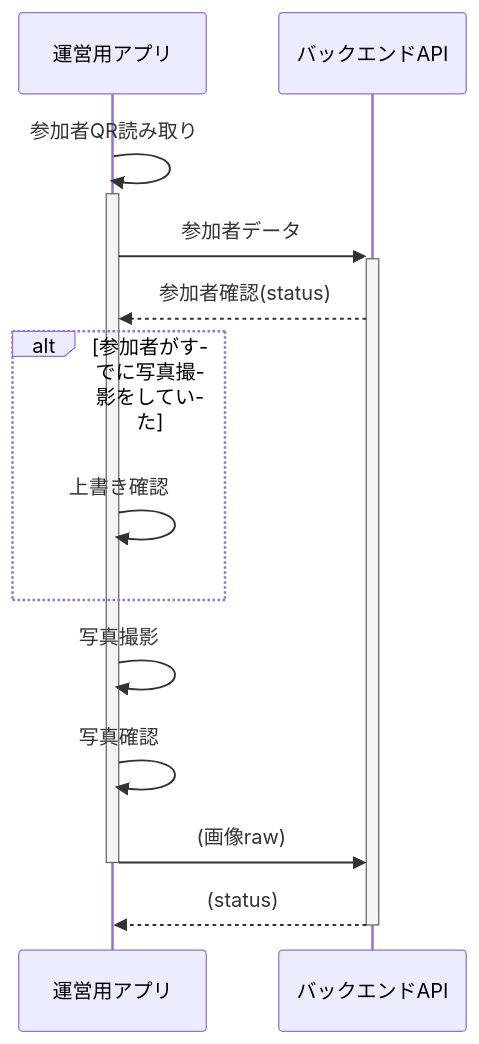
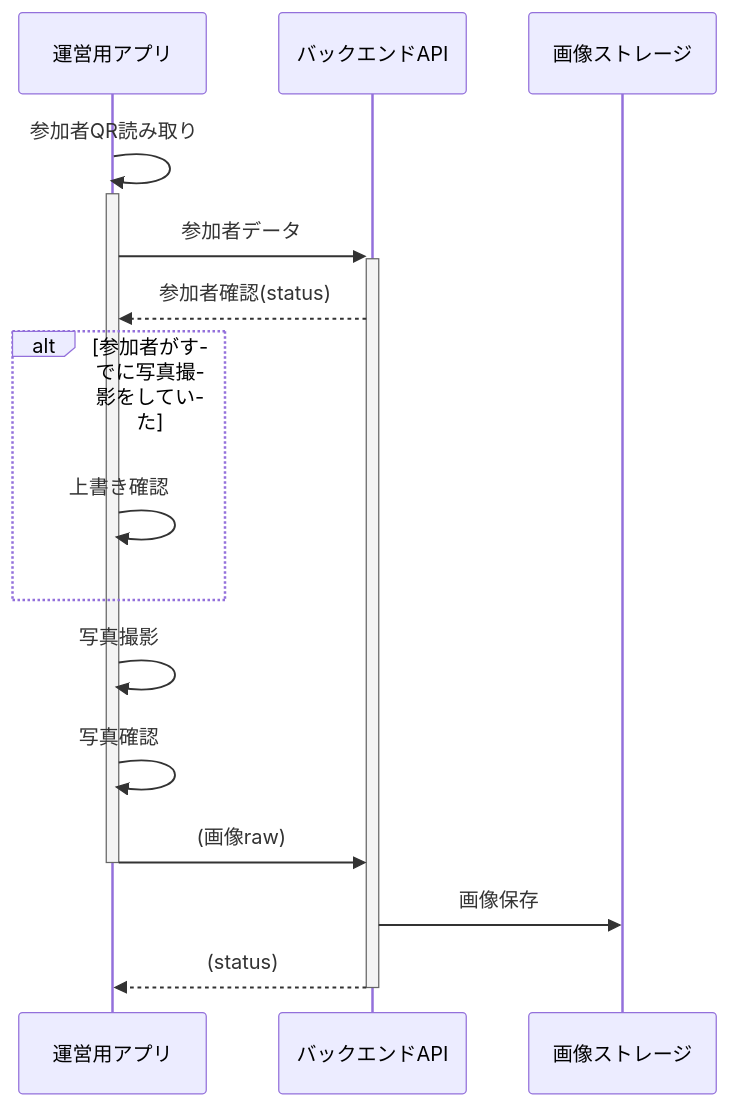
Diagram 15 of 15 in docs/sequence/admin.md (after-school-garbage-squad/repaint-architecture), drawn with Mermaid before and after one commit. The commit also changed other lines of this file, not shown here.

````diff
--- a/docs/sequence/admin.md
+++ b/docs/sequence/admin.md
@@ -177,16 +189,18 @@
 ```mermaid
 sequenceDiagram
     participant app as 運営用アプリ
     participant back as バックエンドAPI
+    participant storage as 画像ストレージ
     app ->>+ app: 参加者QR読み取り
     app ->>+ back: 参加者データ
     back -->> app: 参加者確認(status)
     alt 参加者がすでに写真撮影をしていた
         app ->> app: 上書き確認
     end
     app ->> app: 写真撮影
     app ->> app: 写真確認
     app ->>- back: (画像raw)
+    back ->> storage: 画像保存
     back -->>- app: (status)
     
 ```
````
